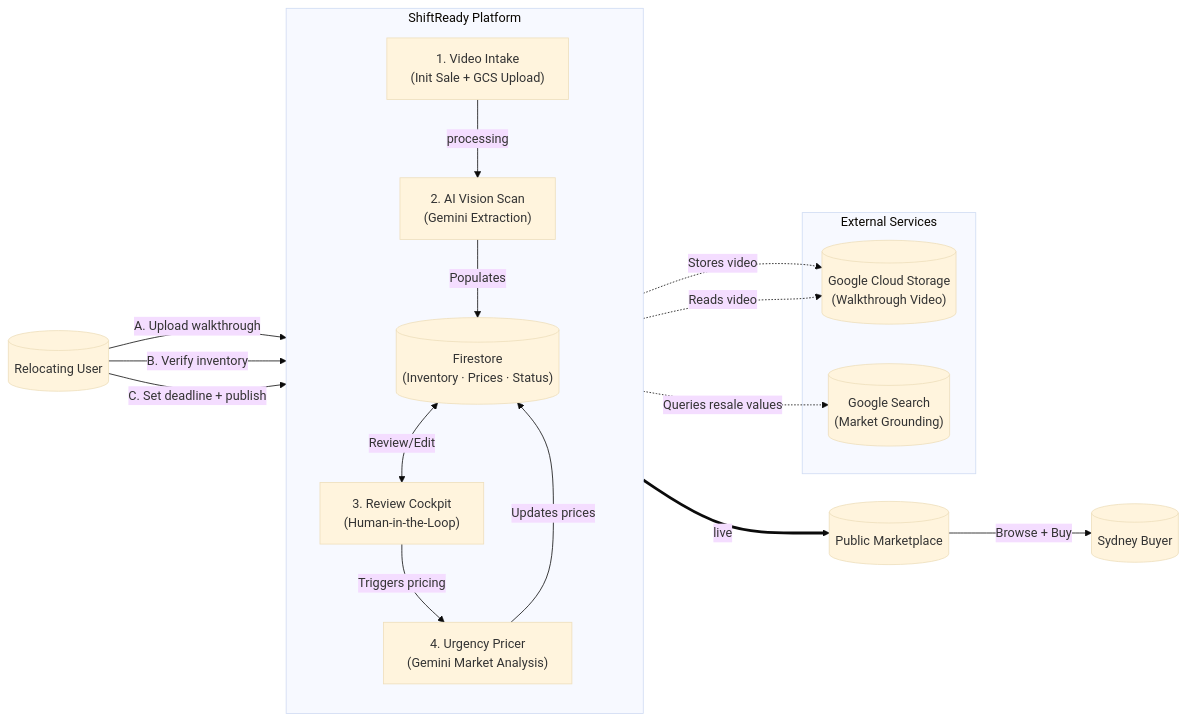
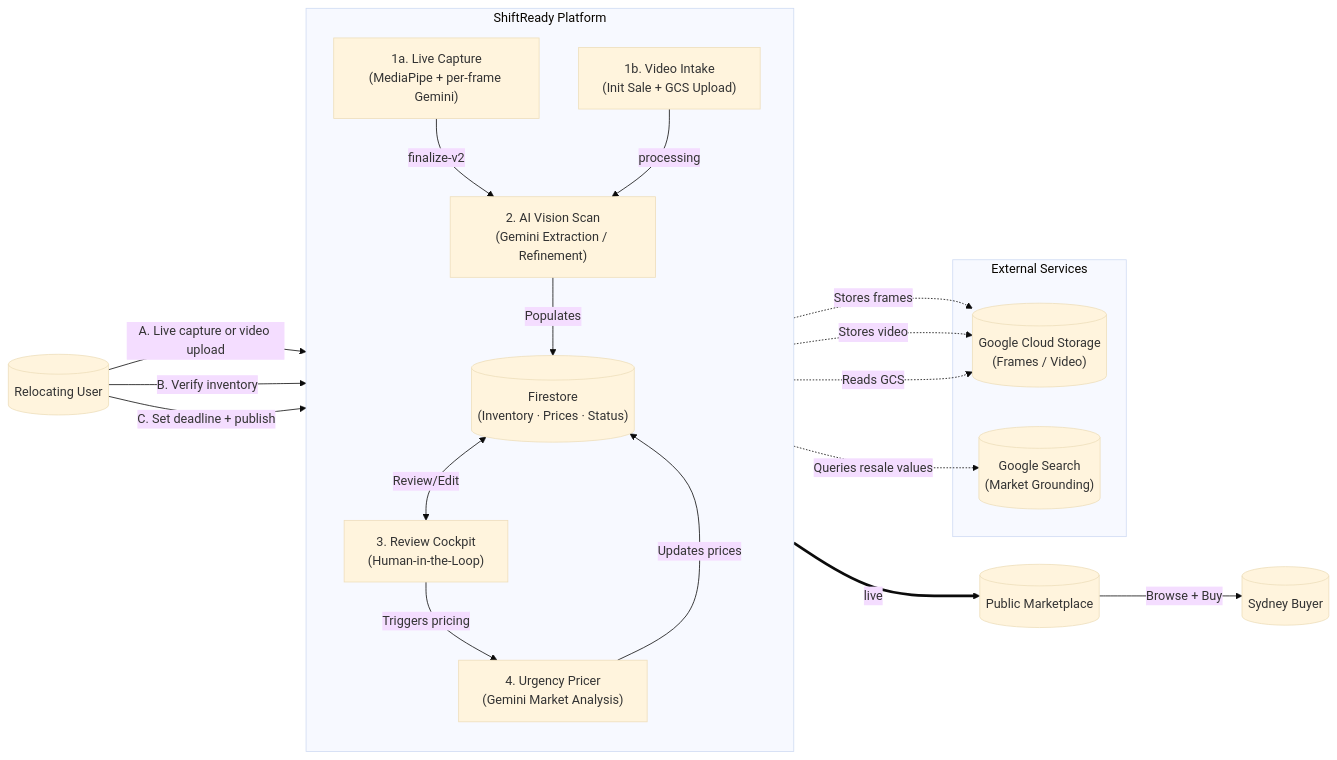
One commit to ajayaradhya/shiftready-backend changed the diagram in README.md. Above: the diagram before and after it, drawn with Mermaid (base theme). The commit also changed other lines of this file and 1 other file, not shown here.

````diff
--- a/README.md
+++ b/README.md
@@ -30,34 +30,37 @@
 ```mermaid
 graph LR
     User[("Relocating User")]
     Buyer[("Sydney Buyer")]
 
     subgraph System["ShiftReady Platform"]
         direction TB
-        Intake["1. Video Intake\n(Init Sale + GCS Upload)"]
-        Scanner["2. AI Vision Scan\n(Gemini Extraction)"]
+        Capture["1a. Live Capture\n(MediaPipe + per-frame Gemini)"]
+        Intake["1b. Video Intake\n(Init Sale + GCS Upload)"]
+        Scanner["2. AI Vision Scan\n(Gemini Extraction / Refinement)"]
         Cockpit["3. Review Cockpit\n(Human-in-the-Loop)"]
         Pricer["4. Urgency Pricer\n(Gemini Market Analysis)"]
         LiveDB[("Firestore\n(Inventory · Prices · Status)")]
 
+        Capture -->|finalize-v2| Scanner
         Intake -->|processing| Scanner
         Scanner -->|Populates| LiveDB
         LiveDB <-->|Review/Edit| Cockpit
         Cockpit -->|Triggers pricing| Pricer
         Pricer -->|Updates prices| LiveDB
     end
 
     subgraph Cloud["External Services"]
-        GCS[("Google Cloud Storage\n(Walkthrough Video)")]
+        GCS[("Google Cloud Storage\n(Frames / Video)")]
         GSearch[("Google Search\n(Market Grounding)")]
     end
 
-    User -->|"A. Upload walkthrough"| Intake
+    User -->|"A. Live capture or video upload"| Capture
+    Capture -.->|Stores frames| GCS
     Intake -.->|Stores video| GCS
-    Scanner -.->|Reads video| GCS
+    Scanner -.->|Reads GCS| GCS
     User -->|"B. Verify inventory"| Cockpit
     User -->|"C. Set deadline + publish"| Cockpit
     Pricer -.->|Queries resale values| GSearch
     LiveDB ==>|live| Marketplace[("Public Marketplace")]
     Marketplace -->|Browse + Buy| Buyer
 ```
````
